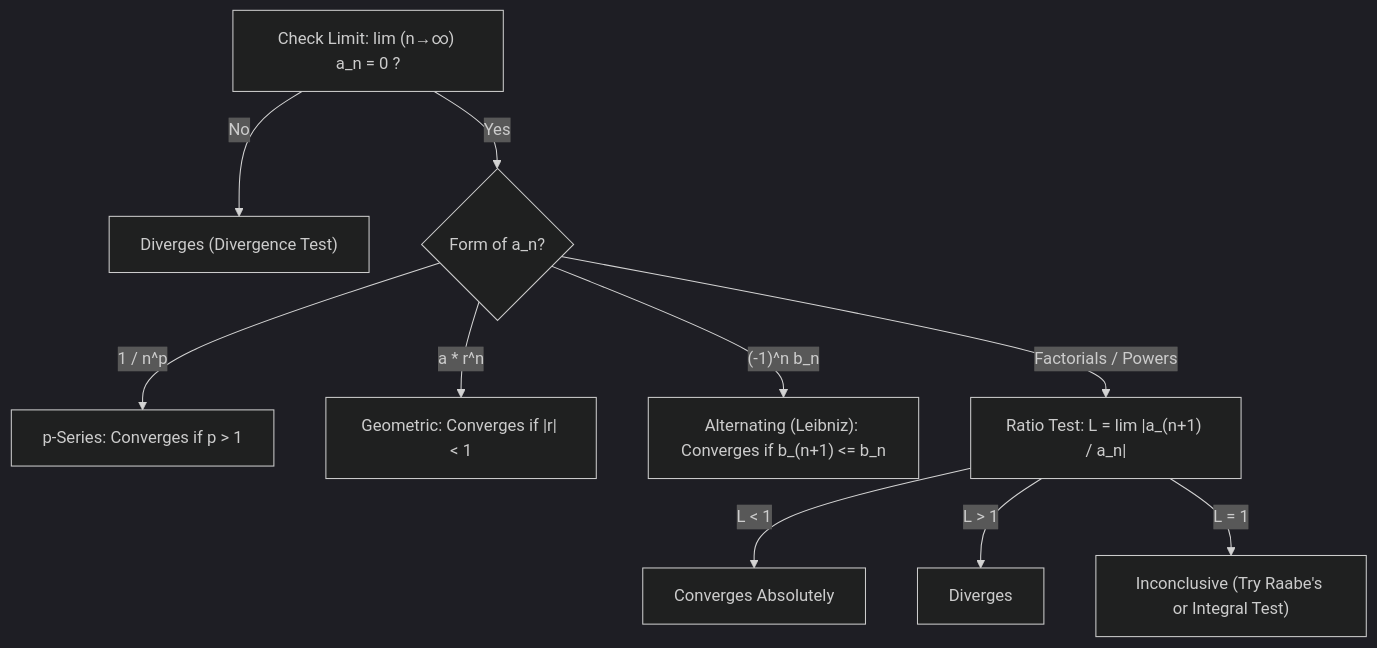
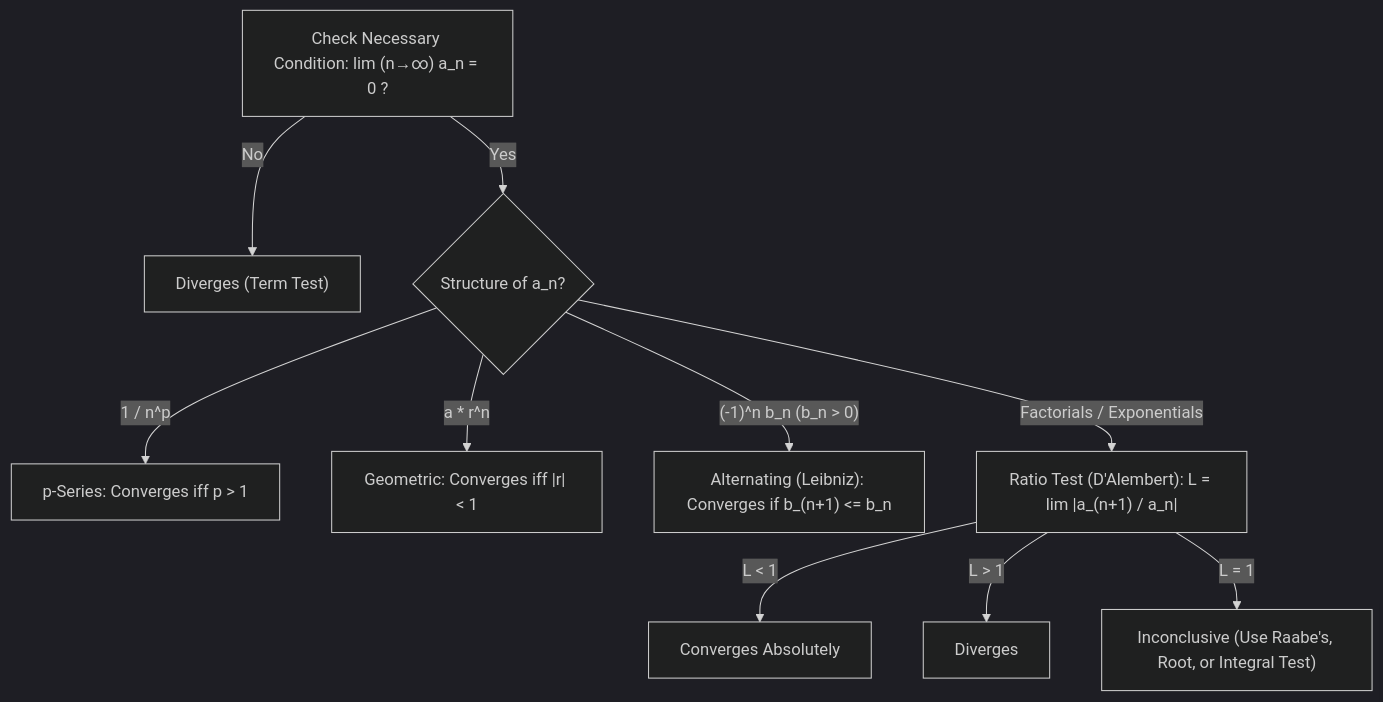
The third of 4 diagrams in README.md (X3lyz3/embedded-engineering-handbook), drawn with Mermaid (dark theme) before and after one commit. The commit also changed other lines of this file, not shown here.

````diff
--- a/README.md
+++ b/README.md
@@ -167,12 +211,12 @@
 ```mermaid
 flowchart TD
-    Start["Check Limit: lim (n→∞) a_n = 0 ?"] -->|No| Div["Diverges (Divergence Test)"]
-    Start -->|Yes| Type{"Form of a_n?"}
-    Type -->|"1 / n^p"| PSeries["p-Series: Converges if p > 1"]
-    Type -->|"a * r^n"| Geom["Geometric: Converges if |r| < 1"]
-    Type -->|"(-1)^n b_n"| Alt["Alternating (Leibniz): Converges if b_(n+1) <= b_n"]
-    Type -->|"Factorials / Powers"| Ratio["Ratio Test: L = lim |a_(n+1) / a_n|"]
+    Start["Check Necessary Condition: lim (n→∞) a_n = 0 ?"] -->|No| Div["Diverges (Term Test)"]
+    Start -->|Yes| Type{"Structure of a_n?"}
+    Type -->|"1 / n^p"| PSeries["p-Series: Converges iff p > 1"]
+    Type -->|"a * r^n"| Geom["Geometric: Converges iff |r| < 1"]
+    Type -->|"(-1)^n b_n (b_n > 0)"| Alt["Alternating (Leibniz): Converges if b_(n+1) <= b_n"]
+    Type -->|"Factorials / Exponentials"| Ratio["Ratio Test (D'Alembert): L = lim |a_(n+1) / a_n|"]
     Ratio -->|"L < 1"| Conv["Converges Absolutely"]
     Ratio -->|"L > 1"| Div2["Diverges"]
-    Ratio -->|"L = 1"| Inc["Inconclusive (Try Raabe's or Integral Test)"]
+    Ratio -->|"L = 1"| Inc["Inconclusive (Use Raabe's, Root, or Integral Test)"]
 ```
````
